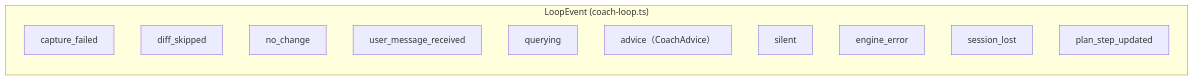
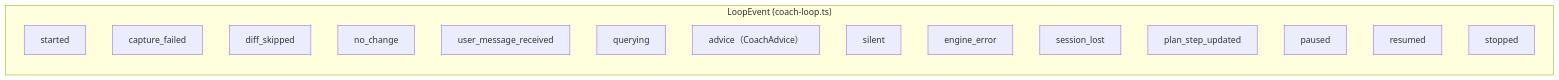
Before and after one commit to yukaorange/dcc_suport: the sixth of 12 diagrams in packages/core/docs/reading-guide.md, drawn with Mermaid. The commit also changed other lines of this file, not shown here.

````diff
--- a/packages/core/docs/reading-guide.md
+++ b/packages/core/docs/reading-guide.md
@@ -73,15 +231,19 @@
 ```mermaid
 graph LR
     subgraph "LoopEvent (coach-loop.ts)"
+        started
         capture_failed
         diff_skipped
         no_change
         user_message_received
         querying
         advice["advice（CoachAdvice）"]
         silent
         engine_error
         session_lost
         plan_step_updated
+        paused
+        resumed
+        stopped
     end
 ```
````
